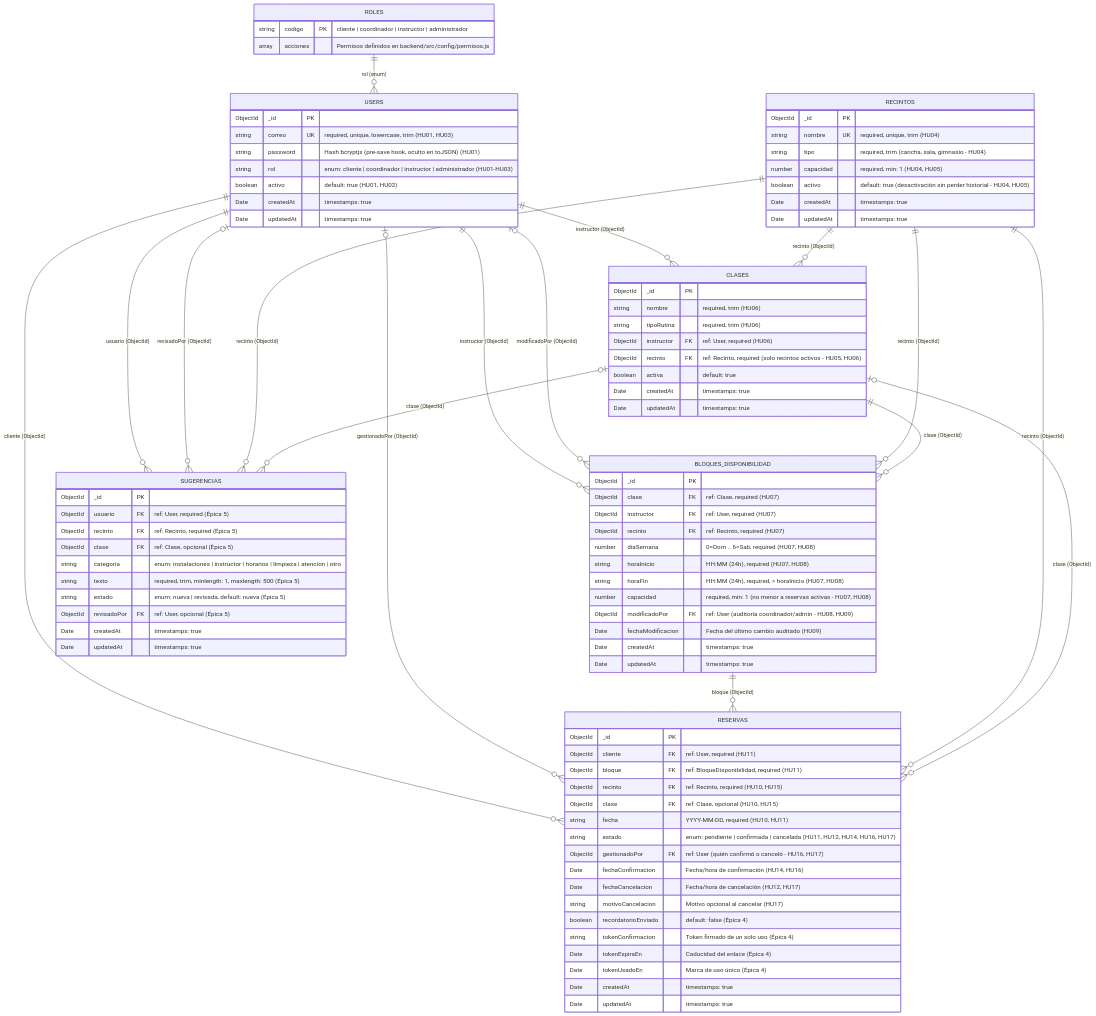
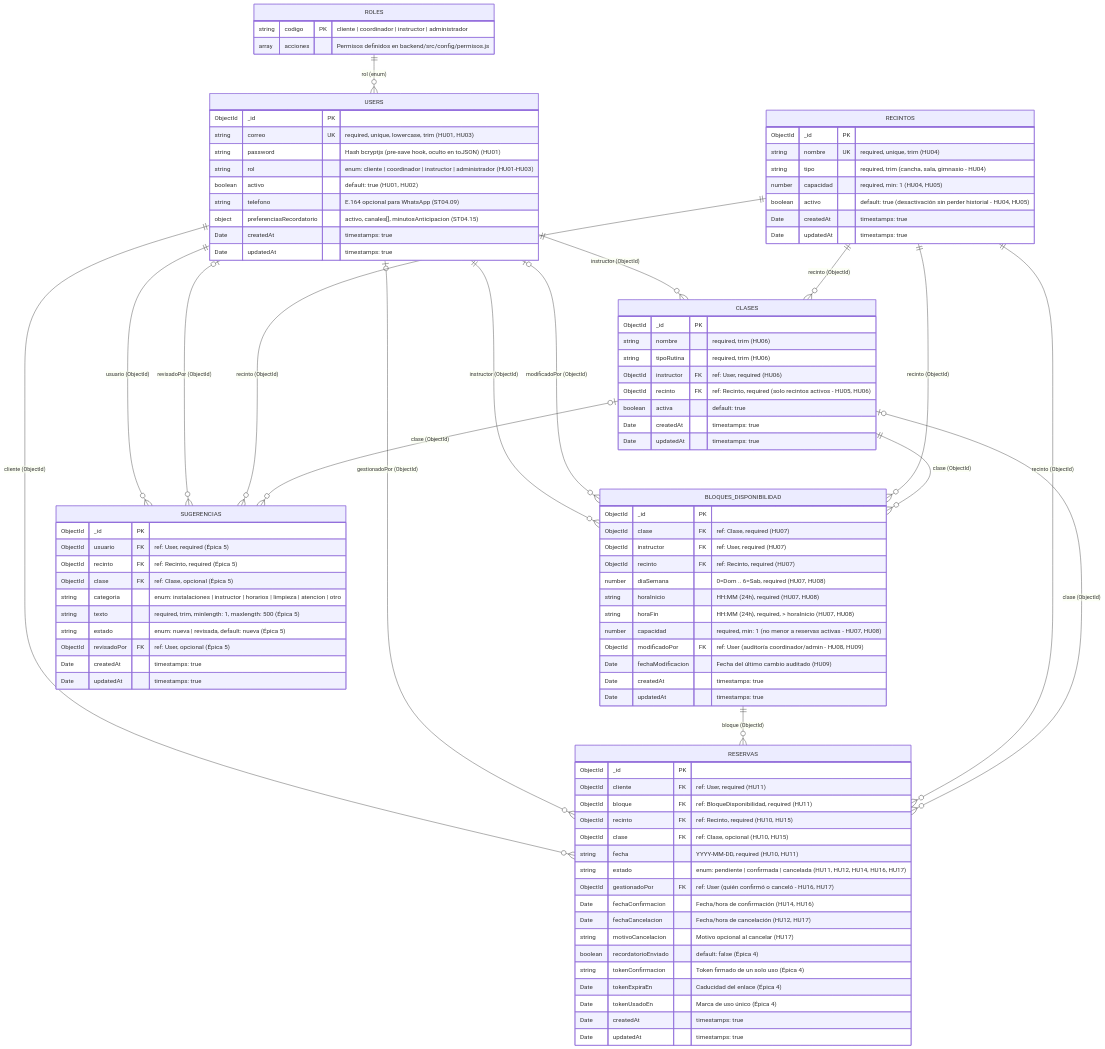
The second of 2 diagrams in docs/modelo_entidad_relacion.md (jlconcepcion/Grupo1_4taCohorte_DesarrolloDeSoftware), drawn with Mermaid before and after one commit. The commit also changed other lines of this file and 24 other files, not shown here.

Commit message:
feat(ST04.15): agregar preferencias de recordatorio y bandeja de notificaciones

```diff
--- a/docs/modelo_entidad_relacion.md
+++ b/docs/modelo_entidad_relacion.md
@@ -63,6 +63,8 @@
         string password "Hash bcryptjs (pre-save hook, oculto en toJSON) (HU01)"
         string rol "enum: cliente | coordinador | instructor | administrador (HU01-HU03)"
         boolean activo "default: true (HU01, HU02)"
+        string telefono "E.164 opcional para WhatsApp (ST04.09)"
+        object preferenciasRecordatorio "activo, canales[], minutosAnticipacion (ST04.15)"
         Date createdAt "timestamps: true"
         Date updatedAt "timestamps: true"
     }
```
